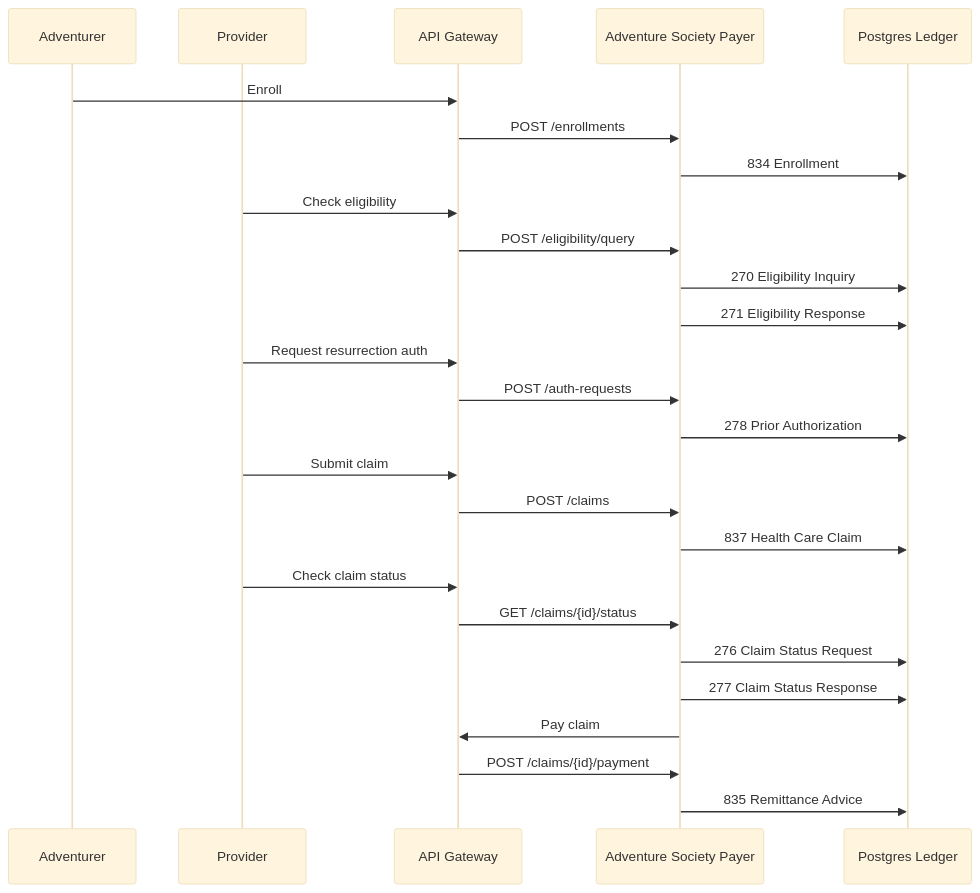
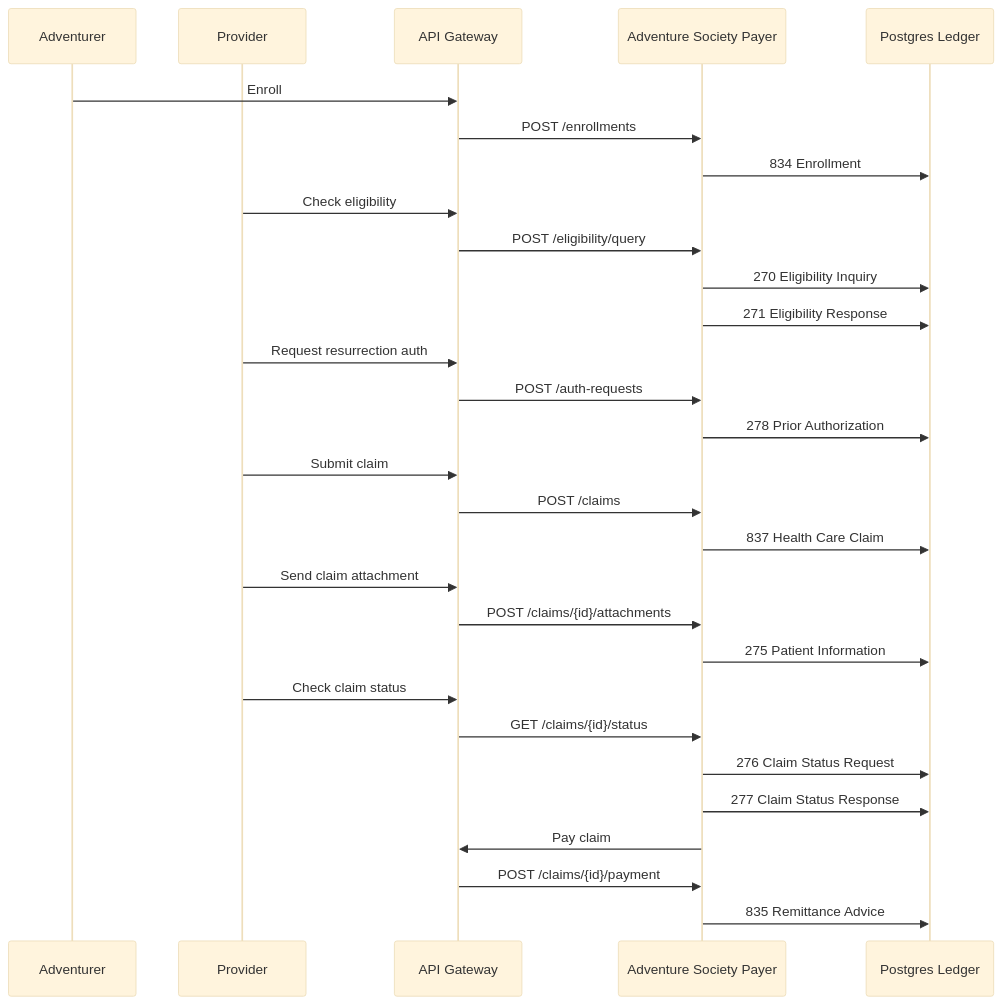
One commit to orieken/adventure-society-health-network changed the diagram in docs/x12-workflow.md. Above: the diagram before and after it, drawn with Mermaid (base theme). The commit also changed other lines of this file and 14 other files, not shown here.

Commit message:
feat: add X12 275 claim attachments

````diff
--- a/docs/x12-workflow.md
+++ b/docs/x12-workflow.md
@@ -28,34 +28,38 @@
 ```mermaid
 sequenceDiagram
     participant Adventurer
     participant Provider
     participant Gateway as API Gateway
     participant Payer as Adventure Society Payer
     participant Ledger as Postgres Ledger
 
     Adventurer->>Gateway: Enroll
     Gateway->>Payer: POST /enrollments
     Payer->>Ledger: 834 Enrollment
 
     Provider->>Gateway: Check eligibility
     Gateway->>Payer: POST /eligibility/query
     Payer->>Ledger: 270 Eligibility Inquiry
     Payer->>Ledger: 271 Eligibility Response
 
     Provider->>Gateway: Request resurrection auth
     Gateway->>Payer: POST /auth-requests
     Payer->>Ledger: 278 Prior Authorization
 
     Provider->>Gateway: Submit claim
     Gateway->>Payer: POST /claims
     Payer->>Ledger: 837 Health Care Claim
 
+    Provider->>Gateway: Send claim attachment
+    Gateway->>Payer: POST /claims/{id}/attachments
+    Payer->>Ledger: 275 Patient Information
+
     Provider->>Gateway: Check claim status
     Gateway->>Payer: GET /claims/{id}/status
     Payer->>Ledger: 276 Claim Status Request
     Payer->>Ledger: 277 Claim Status Response
 
     Payer->>Gateway: Pay claim
     Gateway->>Payer: POST /claims/{id}/payment
     Payer->>Ledger: 835 Remittance Advice
 ```
````
